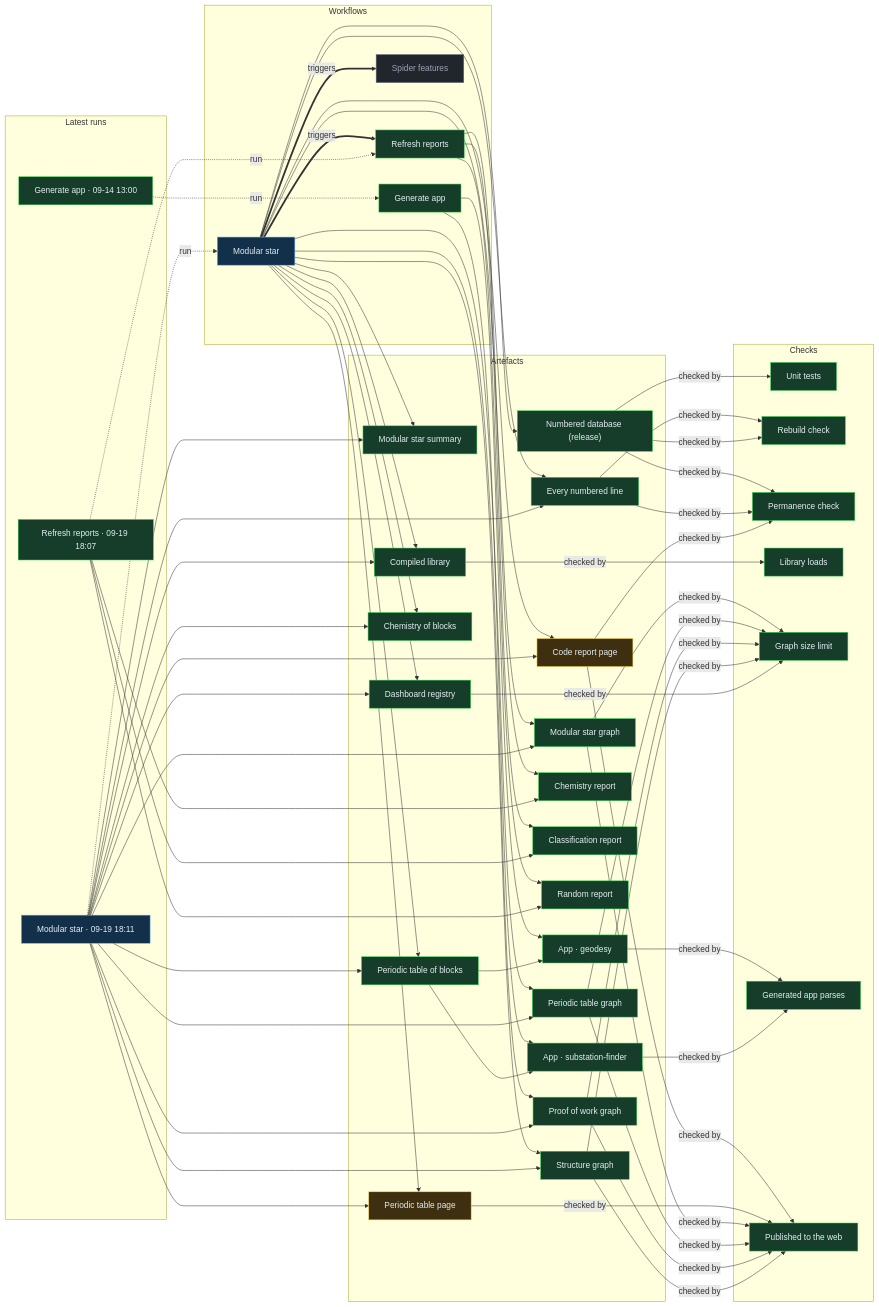
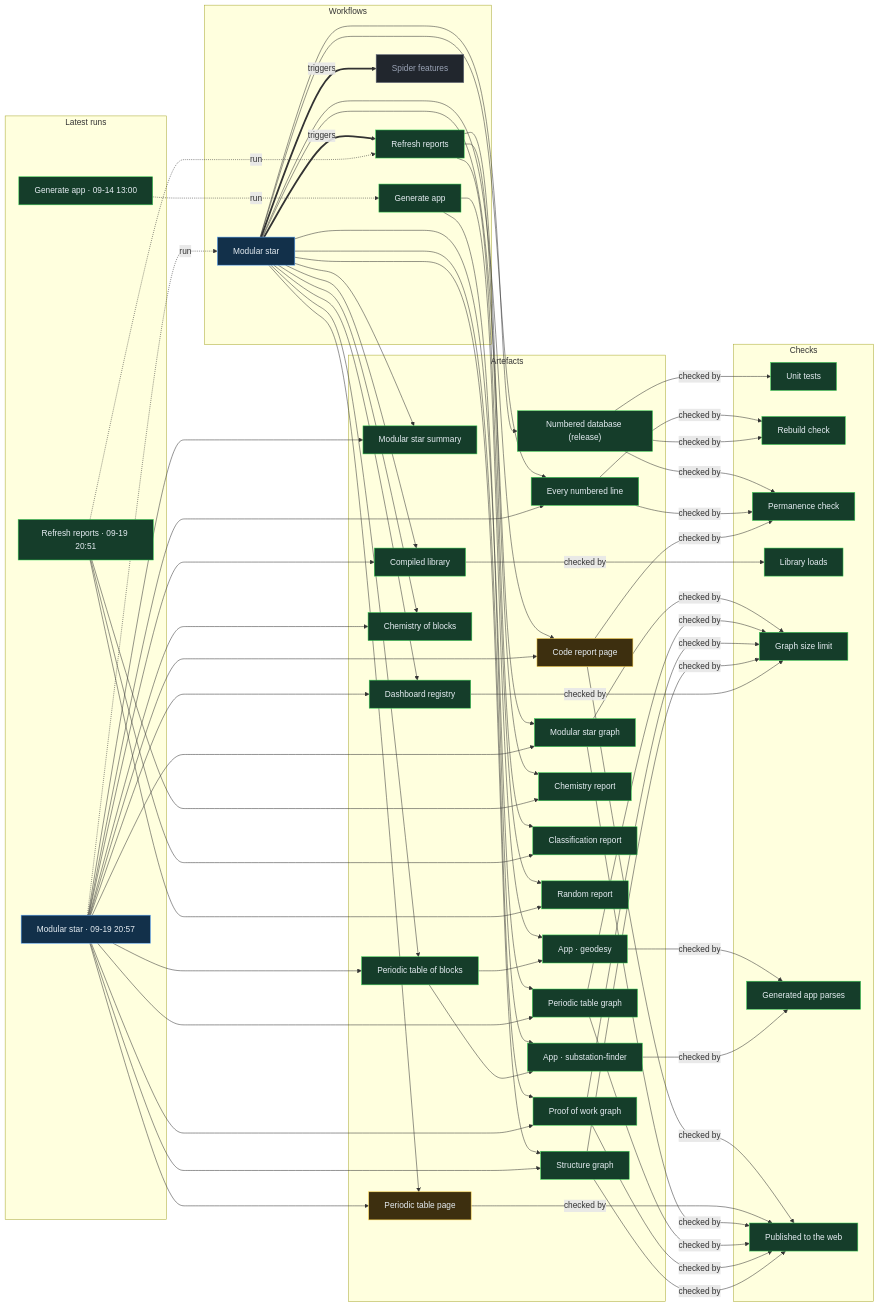
Before and after one commit to Ventusltd/stars: the diagram in proof/PROOF.md, drawn with Mermaid. The commit also changed other lines of this file and 120 other files, not shown here.

Commit message:
Modular star 2026-09-19T20:59Z

```diff
--- a/proof/PROOF.md
+++ b/proof/PROOF.md
@@ -24,8 +24,8 @@
   n_wf_spider_features["Spider features"]:::off
   end
   subgraph g_runs["Latest runs"]
-  n_run_35460411987["Modular star · 09-19 18:11"]:::live
-  n_run_35460194204["Refresh reports · 09-19 18:07"]:::ok
+  n_run_35468961692["Modular star · 09-19 20:57"]:::live
+  n_run_35468651745["Refresh reports · 09-19 20:51"]:::ok
   n_run_34846587798["Generate app · 09-14 13:00"]:::ok
   end
   subgraph g_artefacts["Artefacts"]
@@ -59,39 +59,39 @@
   end
   n_wf_modular_star == triggers ==> n_wf_refresh
   n_wf_modular_star == triggers ==> n_wf_spider_features
-  n_run_35460411987 -. run .-> n_wf_modular_star
-  n_run_35460194204 -. run .-> n_wf_refresh
+  n_run_35468961692 -. run .-> n_wf_modular_star
+  n_run_35468651745 -. run .-> n_wf_refresh
   n_run_34846587798 -. run .-> n_wf_generate
   n_wf_modular_star --> n_art_summary
-  n_run_35460411987 --> n_art_summary
+  n_run_35468961692 --> n_art_summary
   n_wf_modular_star --> n_art_lines
-  n_run_35460411987 --> n_art_lines
+  n_run_35468961692 --> n_art_lines
   n_wf_modular_star --> n_art_code
-  n_run_35460411987 --> n_art_code
+  n_run_35468961692 --> n_art_code
   n_wf_modular_star --> n_art_modular_graph
-  n_run_35460411987 --> n_art_modular_graph
+  n_run_35468961692 --> n_art_modular_graph
   n_wf_modular_star --> n_art_blocks
-  n_run_35460411987 --> n_art_blocks
+  n_run_35468961692 --> n_art_blocks
   n_wf_modular_star --> n_art_table
-  n_run_35460411987 --> n_art_table
+  n_run_35468961692 --> n_art_table
   n_wf_modular_star --> n_art_blocks_graph
-  n_run_35460411987 --> n_art_blocks_graph
+  n_run_35468961692 --> n_art_blocks_graph
   n_wf_modular_star --> n_art_reactions
-  n_run_35460411987 --> n_art_reactions
+  n_run_35468961692 --> n_art_reactions
   n_wf_modular_star --> n_art_library
-  n_run_35460411987 --> n_art_library
+  n_run_35468961692 --> n_art_library
   n_wf_modular_star --> n_art_features
-  n_run_35460411987 --> n_art_features
+  n_run_35468961692 --> n_art_features
   n_wf_modular_star --> n_art_proof
-  n_run_35460411987 --> n_art_proof
+  n_run_35468961692 --> n_art_proof
   n_wf_modular_star --> n_art_structure
-  n_run_35460411987 --> n_art_structure
+  n_run_35468961692 --> n_art_structure
   n_wf_refresh --> n_art_chemistry
-  n_run_35460194204 --> n_art_chemistry
+  n_run_35468651745 --> n_art_chemistry
   n_wf_refresh --> n_art_vedic
-  n_run_35460194204 --> n_art_vedic
+  n_run_35468651745 --> n_art_vedic
   n_wf_refresh --> n_art_random
-  n_run_35460194204 --> n_art_random
+  n_run_35468651745 --> n_art_random
   n_wf_modular_star --> n_art_release
   n_wf_generate --> n_app_geodesy
   n_art_blocks --> n_app_geodesy
```
